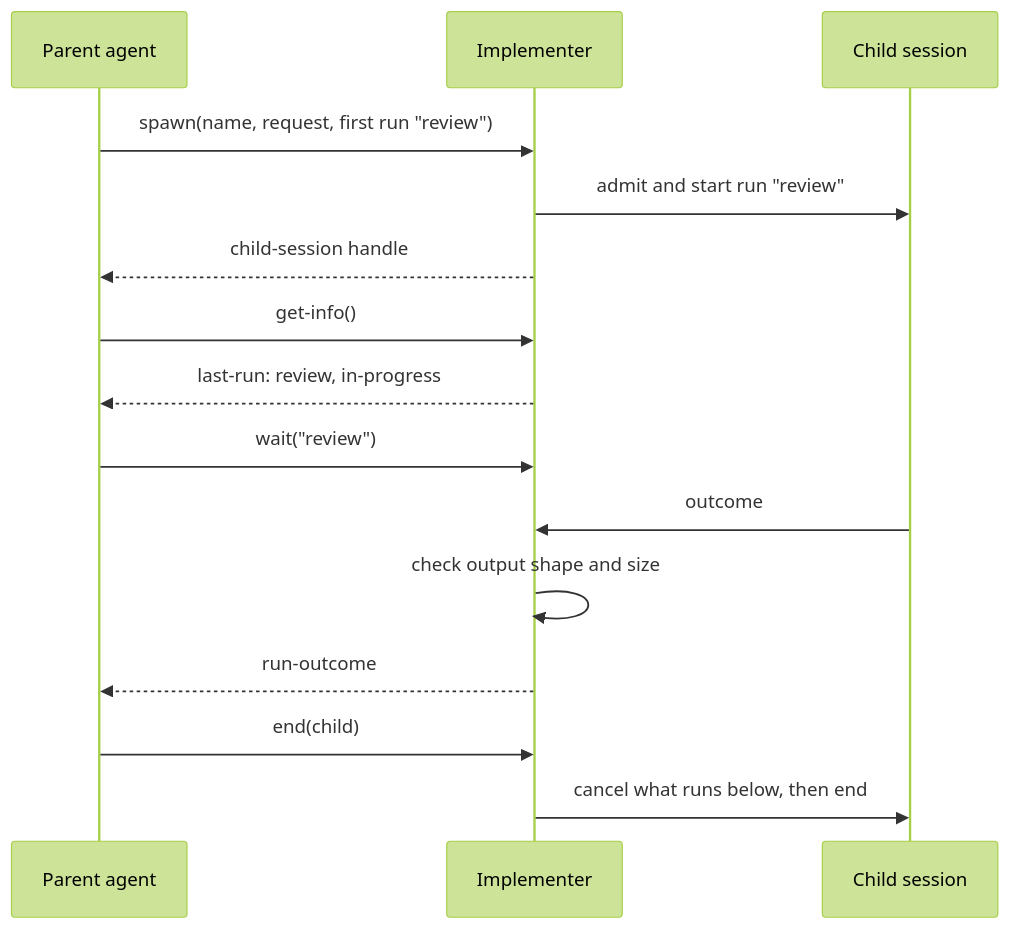
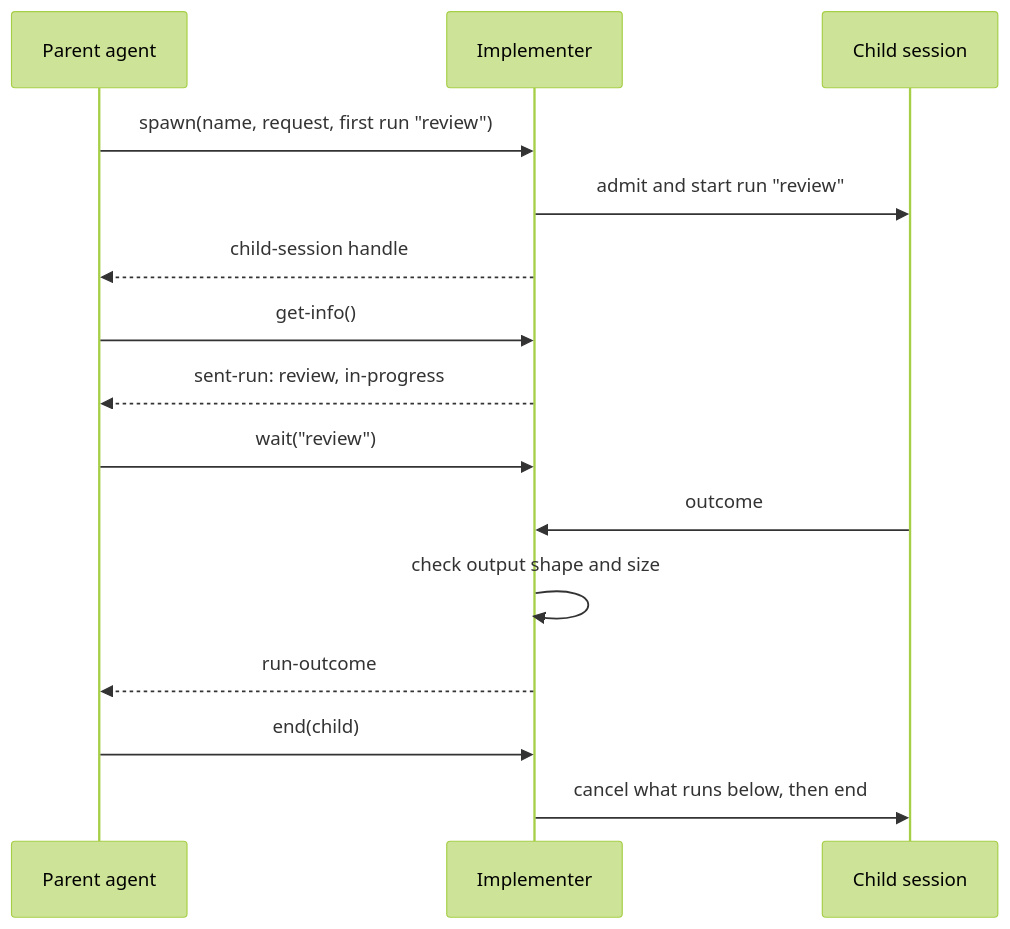
The fourth of 4 diagrams in wit/cosmonic-agent/docs/spawn/README.md (cosmonic-labs/agent-sdk), drawn with Mermaid (forest theme) before and after one commit. The commit also changed other lines of this file and 5 other files, not shown here.

Commit message:
review: sent-run, and session-status in child state

````diff
--- a/wit/cosmonic-agent/docs/spawn/README.md
+++ b/wit/cosmonic-agent/docs/spawn/README.md
@@ -100,17 +100,17 @@
 ```mermaid
 sequenceDiagram
     participant P as Parent agent
     participant I as Implementer
     participant C as Child session
     P->>I: spawn(name, request, first run "review")
     I->>C: admit and start run "review"
     I-->>P: child-session handle
     P->>I: get-info()
-    I-->>P: last-run: review, in-progress
+    I-->>P: sent-run: review, in-progress
     P->>I: wait("review")
     C->>I: outcome
     I->>I: check output shape and size
     I-->>P: run-outcome
     P->>I: end(child)
     I->>C: cancel what runs below, then end
 ```
````
